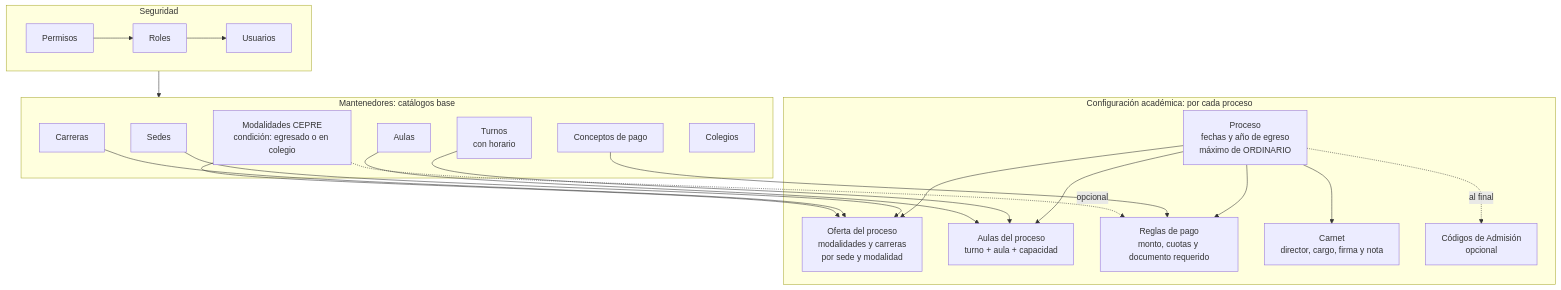
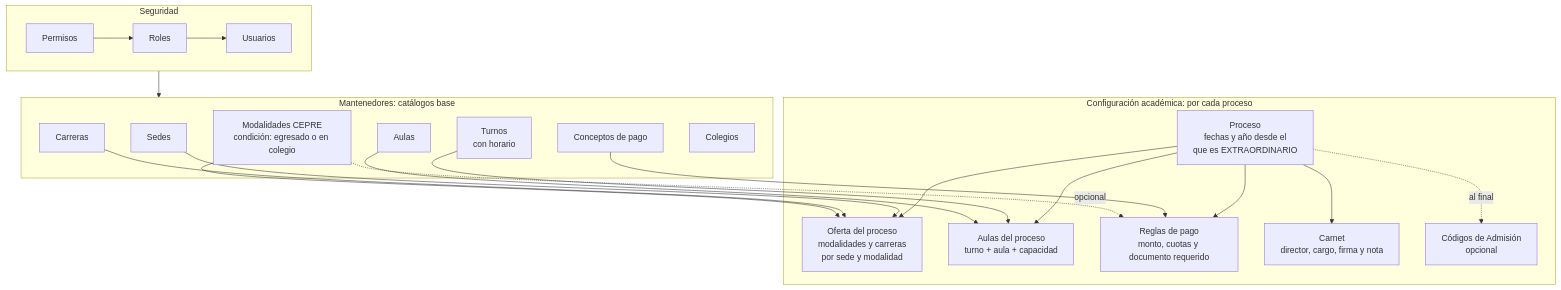
One commit to soujamt/cepre-unu changed the third of 12 diagrams in FLUJO_PROCESOS_CEPRE.md. Above: the diagram before and after it, drawn with Mermaid. The commit also changed other lines of this file and 7 other files, not shown here.

First line of the commit message:
feat(procesos): configurar desde qué año de egreso es EXTRAORDINARIO

````diff
--- a/FLUJO_PROCESOS_CEPRE.md
+++ b/FLUJO_PROCESOS_CEPRE.md
@@ -96,33 +96,33 @@
 ```mermaid
 flowchart TD
     subgraph SEG["Seguridad"]
         S1[Permisos] --> S2[Roles] --> S3[Usuarios]
     end
 
     subgraph MAN["Mantenedores: catálogos base"]
         M1[Sedes]
         M2[Carreras]
         M3["Modalidades CEPRE<br/>condición: egresado o en colegio"]
         M4["Turnos<br/>con horario"]
         M5[Aulas]
         M6[Conceptos de pago]
         M7[Colegios]
     end
 
     subgraph CFG["Configuración académica: por cada proceso"]
-        C1["Proceso<br/>fechas y año de egreso<br/>máximo de ORDINARIO"] --> C2["Oferta del proceso<br/>modalidades y carreras<br/>por sede y modalidad"]
+        C1["Proceso<br/>fechas y año desde el<br/>que es EXTRAORDINARIO"] --> C2["Oferta del proceso<br/>modalidades y carreras<br/>por sede y modalidad"]
         C1 --> C3["Aulas del proceso<br/>turno + aula + capacidad"]
         C1 --> C4["Reglas de pago<br/>monto, cuotas y documento requerido"]
         C1 --> C5["Carnet<br/>director, cargo, firma y nota"]
         C1 -.al final.-> C6["Códigos de Admisión<br/>opcional"]
     end
 
     SEG --> MAN
     M1 --> C2
     M2 --> C2
     M3 --> C2
     M4 --> C3
     M5 --> C3
     M6 --> C4
     M3 -.opcional.-> C4
 ```
````
